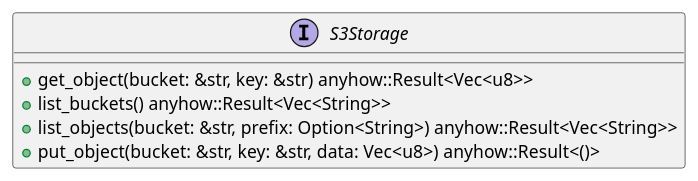
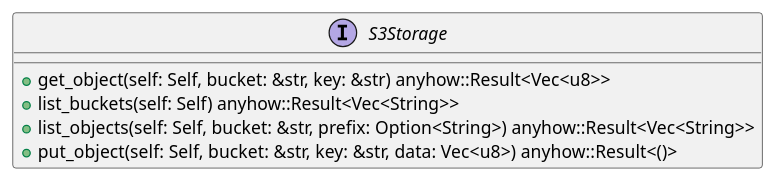
One commit to lgcorzo/rust_CACD_autonomous_factory changed the first of 6 diagrams in openwiki/crates_factory_infrastructure_src_lib.md. Above: the diagram before and after it, drawn with PlantUML. The commit also changed other lines of this file and 95 other files, not shown here.

````diff
--- a/openwiki/crates_factory_infrastructure_src_lib.md
+++ b/openwiki/crates_factory_infrastructure_src_lib.md
@@ -197,11 +200,11 @@
 ```plantuml
 @startuml
 interface S3Storage {
-    +get_object(bucket: &str, key: &str) anyhow::Result<Vec<u8>>
-    +list_buckets() anyhow::Result<Vec<String>>
-    +list_objects(bucket: &str, prefix: Option<String>) anyhow::Result<Vec<String>>
-    +put_object(bucket: &str, key: &str, data: Vec<u8>) anyhow::Result<()>
+    +get_object(self: Self, bucket: &str, key: &str) anyhow::Result<Vec<u8>>
+    +list_buckets(self: Self) anyhow::Result<Vec<String>>
+    +list_objects(self: Self, bucket: &str, prefix: Option<String>) anyhow::Result<Vec<String>>
+    +put_object(self: Self, bucket: &str, key: &str, data: Vec<u8>) anyhow::Result<()>
 }
 @enduml
 
 ```
````
